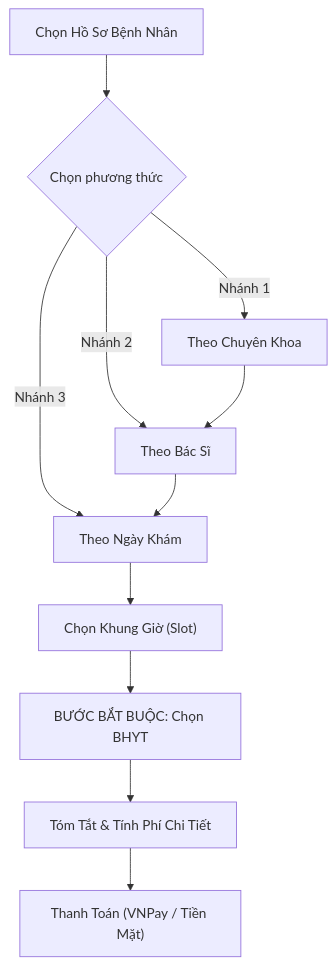
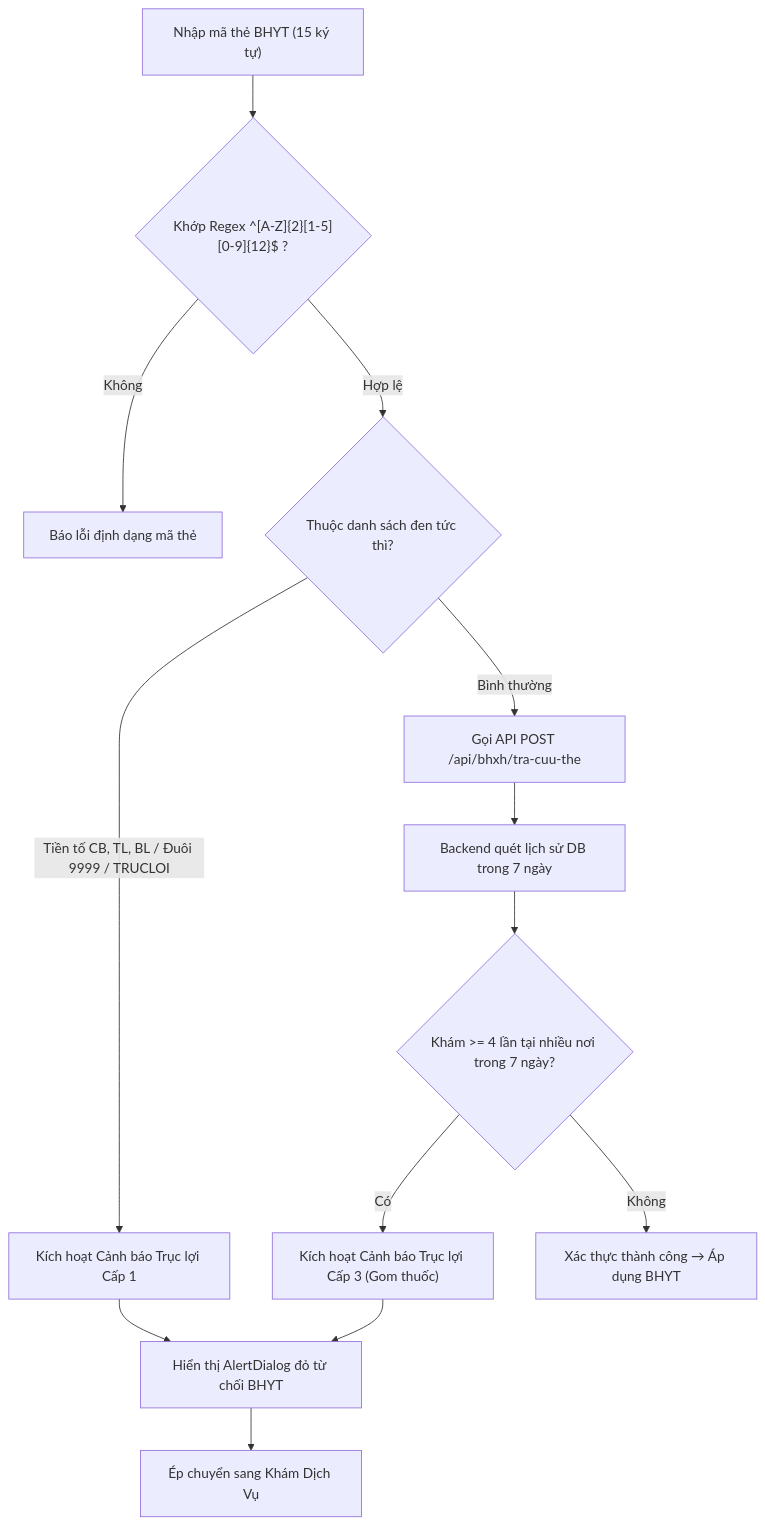
The third of 3 diagrams in patient_mobile/PATIENT_MOBILE_ARCHITECTURE_AND_LOGIC.md (DangDuyLoi/Clinic_Management), drawn with Mermaid before and after one commit. The commit also changed other lines of this file and 13 other files, not shown here.

Commit message:
feat(profile): hoàn thiện ràng buộc nghiệp vụ y tế chuyên sâu (BHYT, CCCD cross-check, trẻ em <14 tuổi và duy nhất hồ sơ bản thân)

````diff
--- a/patient_mobile/PATIENT_MOBILE_ARCHITECTURE_AND_LOGIC.md
+++ b/patient_mobile/PATIENT_MOBILE_ARCHITECTURE_AND_LOGIC.md
@@ -134,11 +418,15 @@
 ```mermaid
 graph TD
-    A["Chọn Hồ Sơ Bệnh Nhân"] --> B{"Chọn phương thức"}
-    B -->|Nhánh 1| C["Theo Chuyên Khoa"]
-    B -->|Nhánh 2| D["Theo Bác Sĩ"]
-    B -->|Nhánh 3| E["Theo Ngày Khám"]
-    C --> D --> E --> F["Chọn Khung Giờ (Slot)"]
-    F --> G["BƯỚC BẮT BUỘC: Chọn BHYT"]
-    G --> H["Tóm Tắt & Tính Phí Chi Tiết"]
-    H --> I["Thanh Toán (VNPay / Tiền Mặt)"]
+    A["Nhập mã thẻ BHYT (15 ký tự)"] --> B{"Khớp Regex ^[A-Z]{2}[1-5][0-9]{12}$ ?"}
+    B -->|Không| C["Báo lỗi định dạng mã thẻ"]
+    B -->|Hợp lệ| D{"Thuộc danh sách đen tức thì?"}
+    D -->|Tiền tố CB, TL, BL / Đuôi 9999 / TRUCLOI| E["Kích hoạt Cảnh báo Trục lợi Cấp 1"]
+    D -->|Bình thường| F["Gọi API POST /api/bhxh/tra-cuu-the"]
+    F --> G["Backend quét lịch sử DB trong 7 ngày"]
+    G --> H{"Khám >= 4 lần tại nhiều nơi trong 7 ngày?"}
+    H -->|Có| I["Kích hoạt Cảnh báo Trục lợi Cấp 3 (Gom thuốc)"]
+    H -->|Không| J["Xác thực thành công → Áp dụng BHYT"]
+    E --> K["Hiển thị AlertDialog đỏ từ chối BHYT"]
+    I --> K
+    K --> L["Ép chuyển sang Khám Dịch Vụ"]
 ```
````
